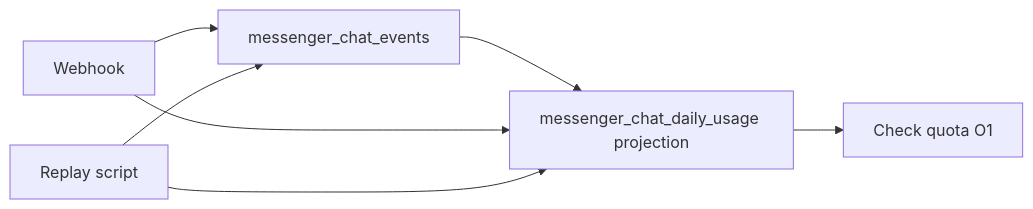
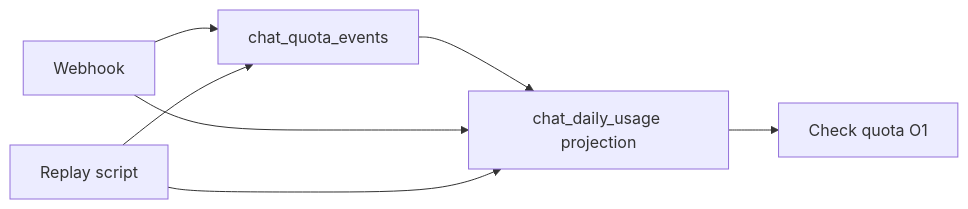
One commit to lengocanh2005it/wispace-bot changed the second of 7 diagrams in apps/messenger-bot/docs/chat-rate-limit-quota.md. Above: the diagram before and after it, drawn with Mermaid. The commit also changed other lines of this file and 15 other files, not shown here.

````diff
--- a/apps/messenger-bot/docs/chat-rate-limit-quota.md
+++ b/apps/messenger-bot/docs/chat-rate-limit-quota.md
@@ -278,9 +278,9 @@
 ```mermaid
 flowchart LR
-  WH[Webhook] --> ES[messenger_chat_events]
-  ES --> PROJ[messenger_chat_daily_usage projection]
+  WH[Webhook] --> ES[chat_quota_events]
+  ES --> PROJ[chat_daily_usage projection]
   WH --> PROJ
   PROJ --> READ[Check quota O1]
   OPS[Replay script] --> ES
   OPS --> PROJ
 ```
````
